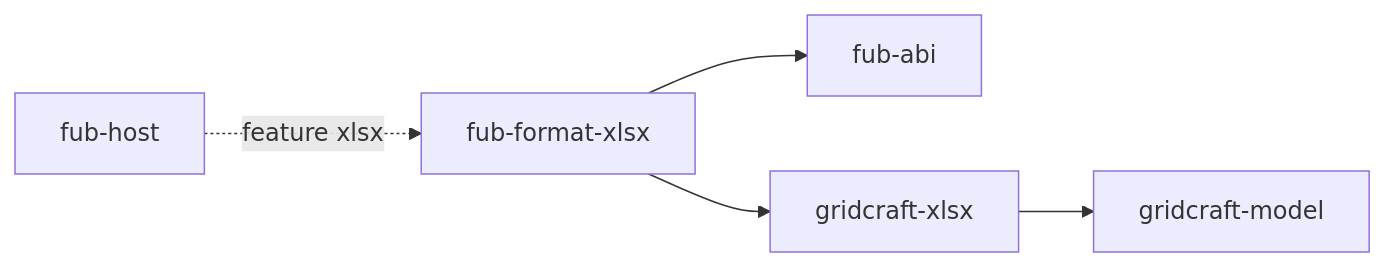
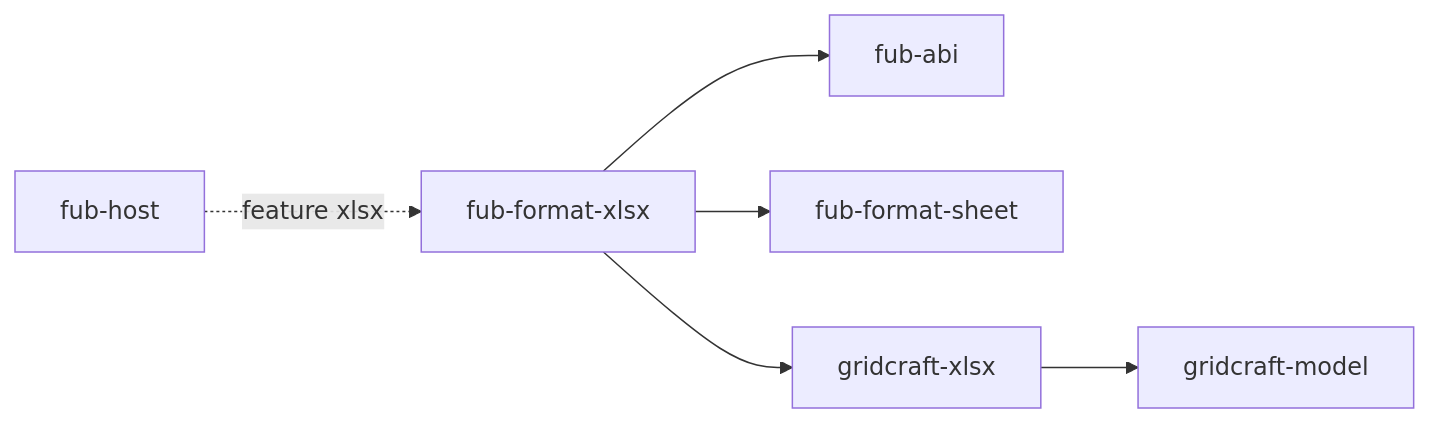
The third of 3 diagrams in docs/architecture/components-and-boundaries.md (Fubeo/Fub), drawn with Mermaid before and after one commit. The commit also changed other lines of this file and 87 other files, not shown here.

````diff
--- a/docs/architecture/components-and-boundaries.md
+++ b/docs/architecture/components-and-boundaries.md
@@ -73,7 +73,8 @@
 ```mermaid
 flowchart LR
     HOST["fub-host"] -. "feature xlsx" .-> XLSX["fub-format-xlsx"]
     XLSX --> ABI["fub-abi"]
+    XLSX --> SHEET["fub-format-sheet"]
     XLSX --> GXLSX["gridcraft-xlsx"]
     GXLSX --> GMODEL["gridcraft-model"]
 ```
````
